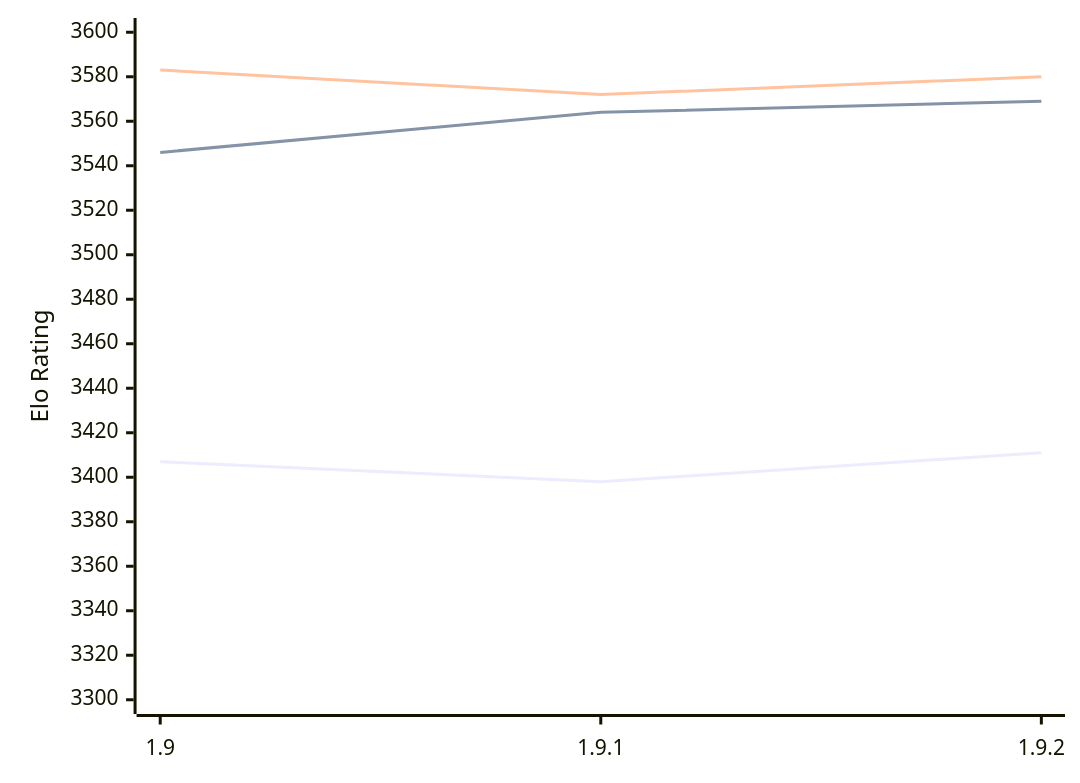
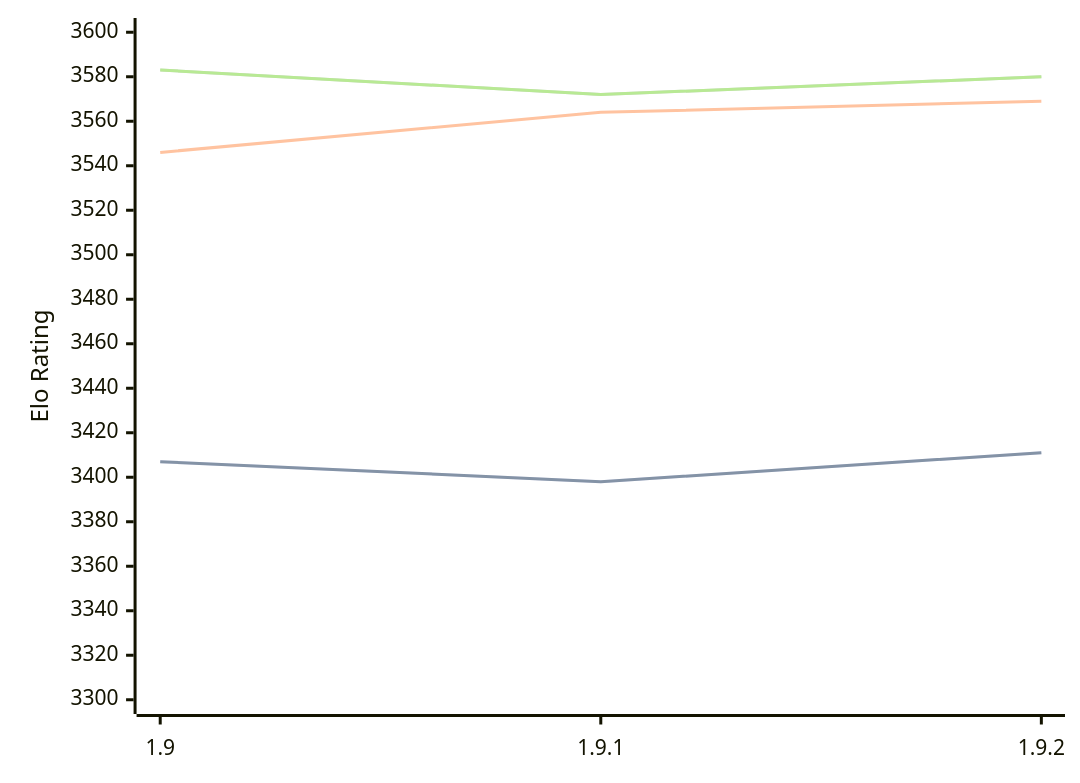
The diagram in engines/Pawnocchio.md (computer-chess-index/cci), drawn with Mermaid before and after one commit. The commit also changed other lines of this file, not shown here.

Commit message:
Update CCI Ratings (ELO VLTC) - 2026-02-13

````diff
--- a/engines/Pawnocchio.md
+++ b/engines/Pawnocchio.md
@@ -45,9 +45,11 @@
 ```mermaid
 %%{init: {"theme":"base","themeVariables":{"seriesColors:['#a3a3a3','#222221','#faa371']}}}%%
 xychart-beta
   x-axis ["1.9", "1.9.1", "1.9.2"]
   y-axis "Elo Rating" 3300 --> 3600
   line "STC (8.0+0.08s)" [3407, 3398, 3411]
+  line "STC (8.0+0.08s)" [3407, 3398, 3411]
   line "LTC (60.0+0.60s)" [3546, 3564, 3569]
   line "VLTC (2m24s+1.12s)" [3583, 3572, 3580]
+  line "VLTC (2m24s+1.12s)" [3583, 3572, 3580]
 ```
````
